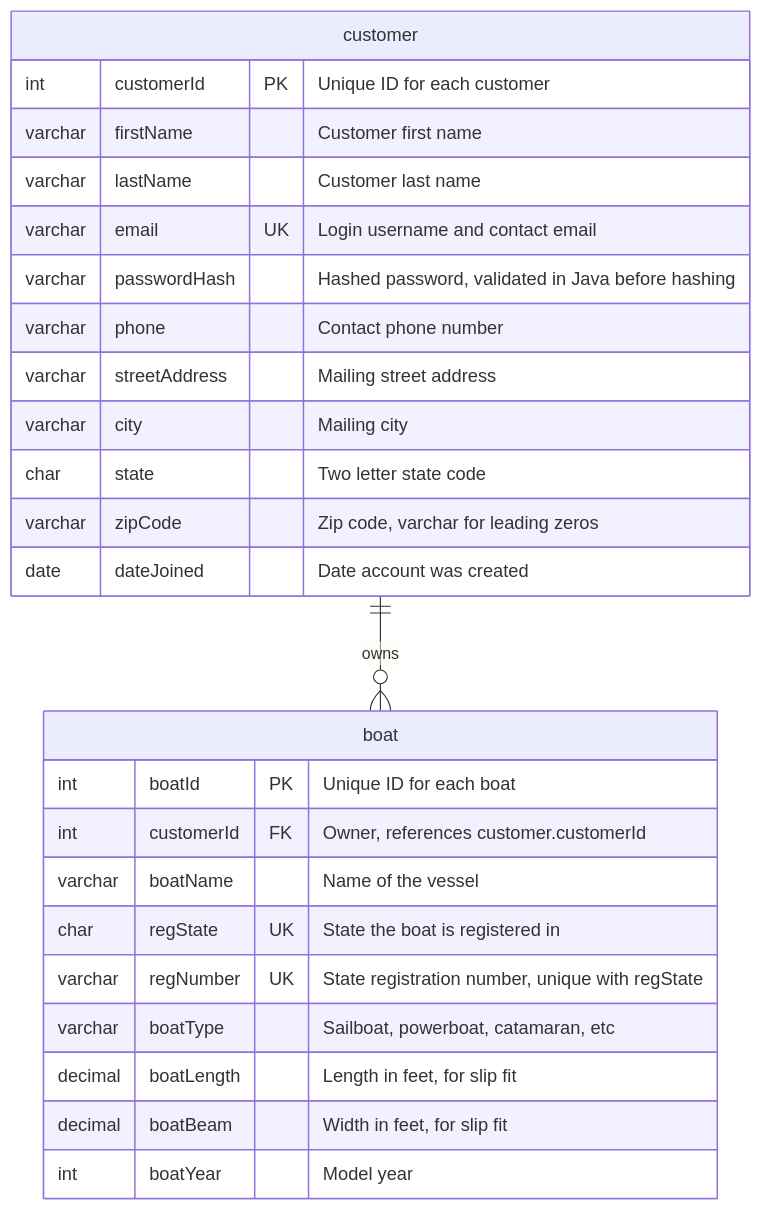
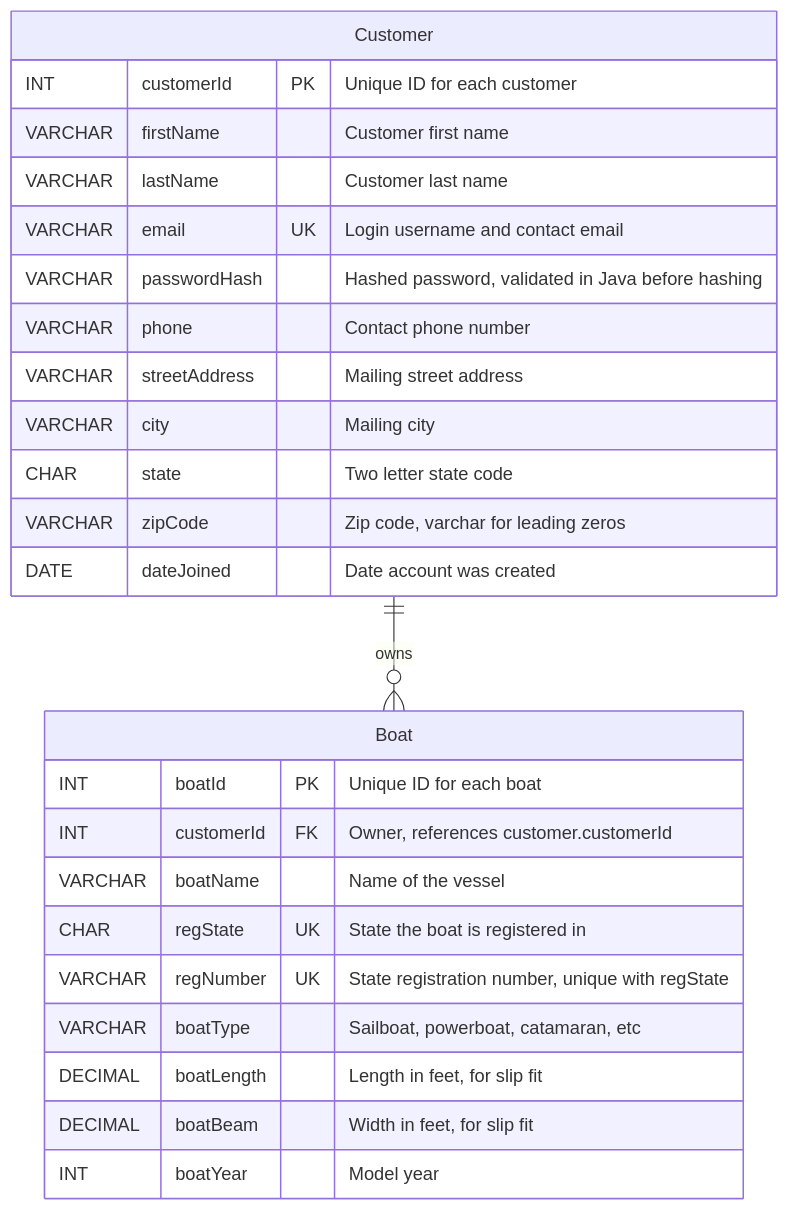
Before and after one commit to BobbyJoeCool/csd460-blueteam: the diagram in Module-3/Fernandez-ERD-DRAFT/Customer_Boat_ERD.mmd, drawn with Mermaid. The commit also changed 21 other files, not shown here.

Commit message:
Push Finalized ERD

```diff
--- a/Module-3/Fernandez-ERD-DRAFT/Customer_Boat_ERD.mmd
+++ b/Module-3/Fernandez-ERD-DRAFT/Customer_Boat_ERD.mmd
@@ -1,31 +1,31 @@
 %% Note: Mermaid has no composite key syntax. regState and regNumber each show
 %% a UK marker below, but they form ONE composite unique constraint, not two.
 
 erDiagram
-    customer ||--o{ boat : owns
+    Customer ||--o{ Boat : owns
 
-    customer {
-        int customerId PK "Unique ID for each customer"
-        varchar firstName "Customer first name"
-        varchar lastName "Customer last name"
-        varchar email UK "Login username and contact email"
-        varchar passwordHash "Hashed password, validated in Java before hashing"
-        varchar phone "Contact phone number"
-        varchar streetAddress "Mailing street address"
-        varchar city "Mailing city"
-        char state "Two letter state code"
-        varchar zipCode "Zip code, varchar for leading zeros"
-        date dateJoined "Date account was created"
+    Customer {
+        INT customerId PK "Unique ID for each customer"
+        VARCHAR firstName "Customer first name"
+        VARCHAR lastName "Customer last name"
+        VARCHAR email UK "Login username and contact email"
+        VARCHAR passwordHash "Hashed password, validated in Java before hashing"
+        VARCHAR phone "Contact phone number"
+        VARCHAR streetAddress "Mailing street address"
+        VARCHAR city "Mailing city"
+        CHAR state "Two letter state code"
+        VARCHAR zipCode "Zip code, varchar for leading zeros"
+        DATE dateJoined "Date account was created"
     }
 
-    boat {
-        int boatId PK "Unique ID for each boat"
-        int customerId FK "Owner, references customer.customerId"
-        varchar boatName "Name of the vessel"
-        char regState UK "State the boat is registered in"
-        varchar regNumber UK "State registration number, unique with regState"
-        varchar boatType "Sailboat, powerboat, catamaran, etc"
-        decimal boatLength "Length in feet, for slip fit"
-        decimal boatBeam "Width in feet, for slip fit"
-        int boatYear "Model year"
+    Boat {
+        INT boatId PK "Unique ID for each boat"
+        INT customerId FK "Owner, references customer.customerId"
+        VARCHAR boatName "Name of the vessel"
+        CHAR regState UK "State the boat is registered in"
+        VARCHAR regNumber UK "State registration number, unique with regState"
+        VARCHAR boatType "Sailboat, powerboat, catamaran, etc"
+        DECIMAL boatLength "Length in feet, for slip fit"
+        DECIMAL boatBeam "Width in feet, for slip fit"
+        INT boatYear "Model year"
     }
```
